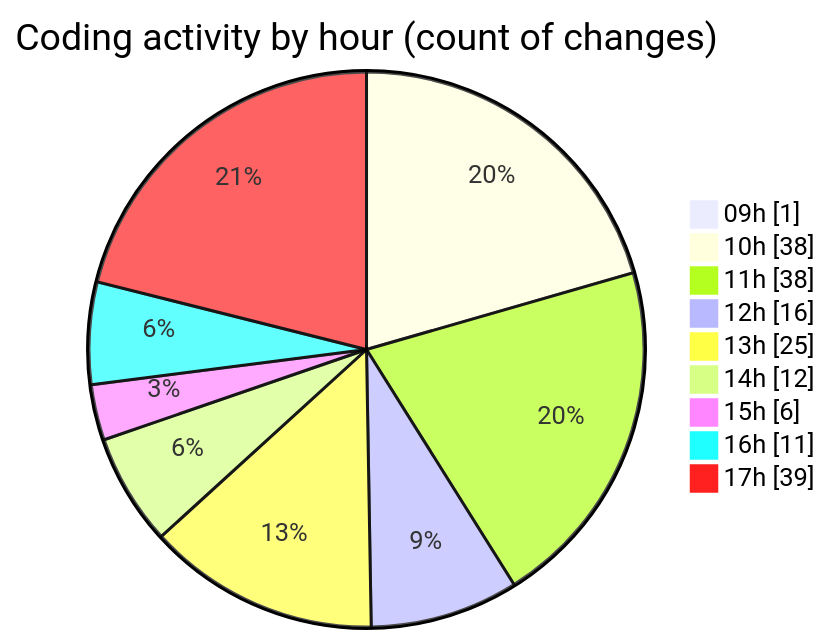
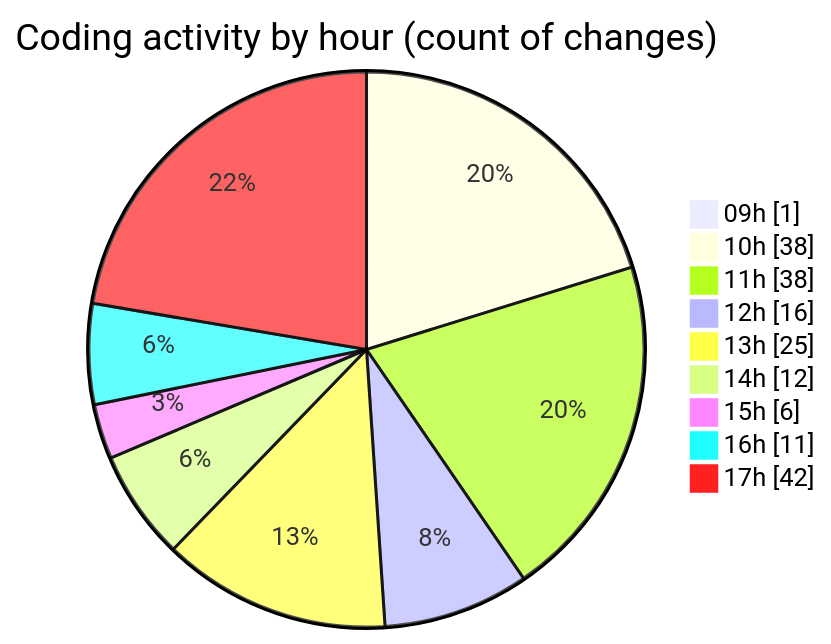
One commit to momahboobian/code-tracking changed the second of 2 diagrams in 2026-01-07/cda/README.md. Above: the diagram before and after it, drawn with Mermaid. The commit also changed other lines of this file and 1 other file, not shown here.

````diff
--- a/2026-01-07/cda/README.md
+++ b/2026-01-07/cda/README.md
@@ -62,13 +62,13 @@
 ```mermaid
 pie showData
 title Coding activity by hour (count of changes)
 "09h" : 1
 "10h" : 38
 "11h" : 38
 "12h" : 16
 "13h" : 25
 "14h" : 12
 "15h" : 6
 "16h" : 11
-"17h" : 39
+"17h" : 42
 ```
````
